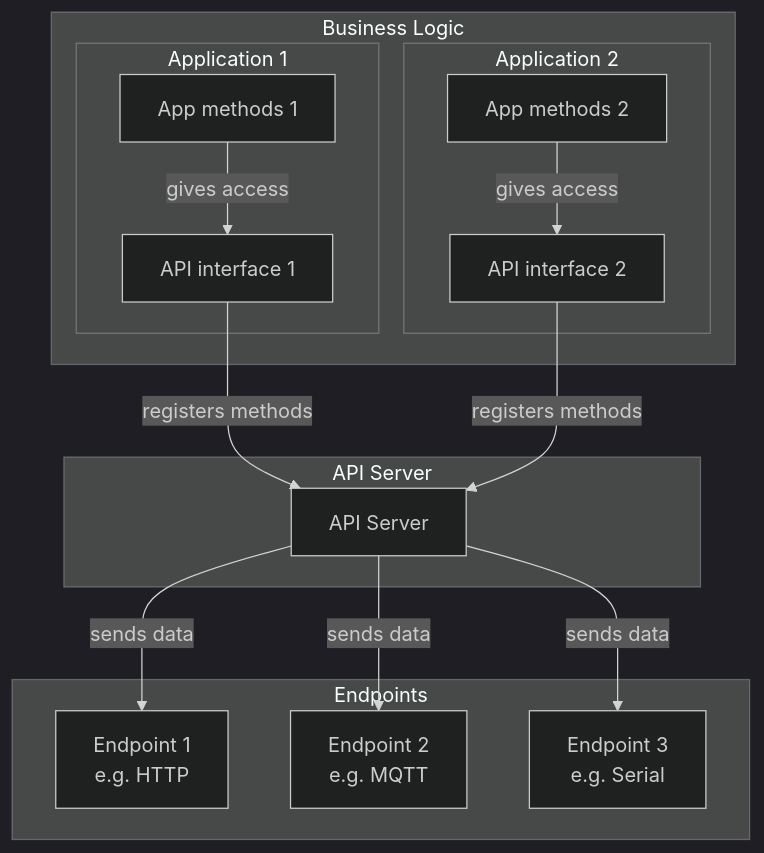
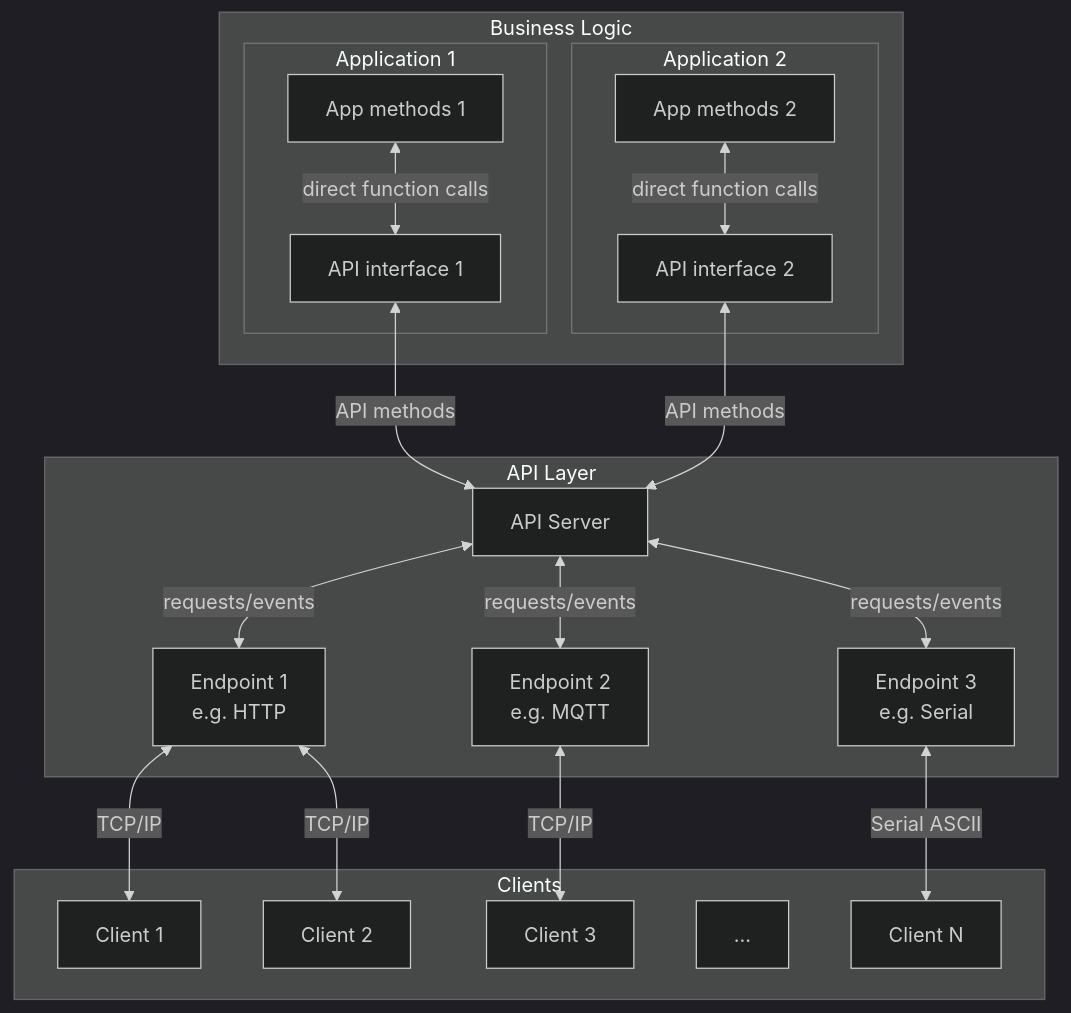
One commit to pierrejay/esp32-wifi-api-dev changed the first of 2 diagrams in lib/APIServer/README.md. Above: the diagram before and after it, drawn with Mermaid (dark theme). The commit also changed 1 other file, not shown here.

Commit message:
Update APIServer docs

````diff
--- a/lib/APIServer/README.md
+++ b/lib/APIServer/README.md
@@ -45,42 +45,54 @@
 ```mermaid
 graph TB
     subgraph "Business Logic"
         subgraph "Application 1"
             BL1[App methods 1]
             API1[API interface 1]
         end
 
         subgraph "Application 2"
             BL2[App methods 2]
             API2[API interface 2]
         end
     end
 
-    subgraph "API Server"
+    subgraph "API Layer"
         AS[API Server]
-    end
-
-    subgraph "Endpoints"
         EP1[Endpoint 1<br>e.g. HTTP]
         EP2[Endpoint 2<br>e.g. MQTT]
         EP3[Endpoint 3<br>e.g. Serial]
     end
 
+    subgraph "Clients"
+        CL1[Client 1]
+        CL2[Client 2]
+        CL3[Client 3]
+        CLX[...]
+        CLN[Client N]
+    end
+
     %% Connexions Application 1
-    BL1 --> |gives access| API1
-    API1 --> |registers methods| AS
+    BL1 <--> |direct function calls| API1
+    API1 <--> |API methods| AS
 
     %% Connexions Application 2
-    BL2 --> |gives access| API2
-    API2 --> |registers methods| AS
+    BL2 <--> |direct function calls| API2
+    API2 <--> |API methods| AS
 
     %% Connexions API Server vers Endpoints
-    AS --> |sends data| EP1
-    AS --> |sends data| EP2
-    AS --> |sends data| EP3
+    AS <--> |requests/events| EP1
+    AS <--> |requests/events| EP2
+    AS <--> |requests/events| EP3
+
+    %% Connexions clients vers Endpoints
+    EP1 <--> |TCP/IP|CL1
+    EP1 <--> |TCP/IP|CL2
+    EP2 <--> |TCP/IP|CL3
+    EP3 <--> |Serial ASCII|CLN
 
     class BL1,BL2 businessLogic
     class API1,API2 apiInterface
     class EP1,EP2,EP3 endpoint
     class AS server
+    class CL1,CL2,CL3 clients
 ```
````
